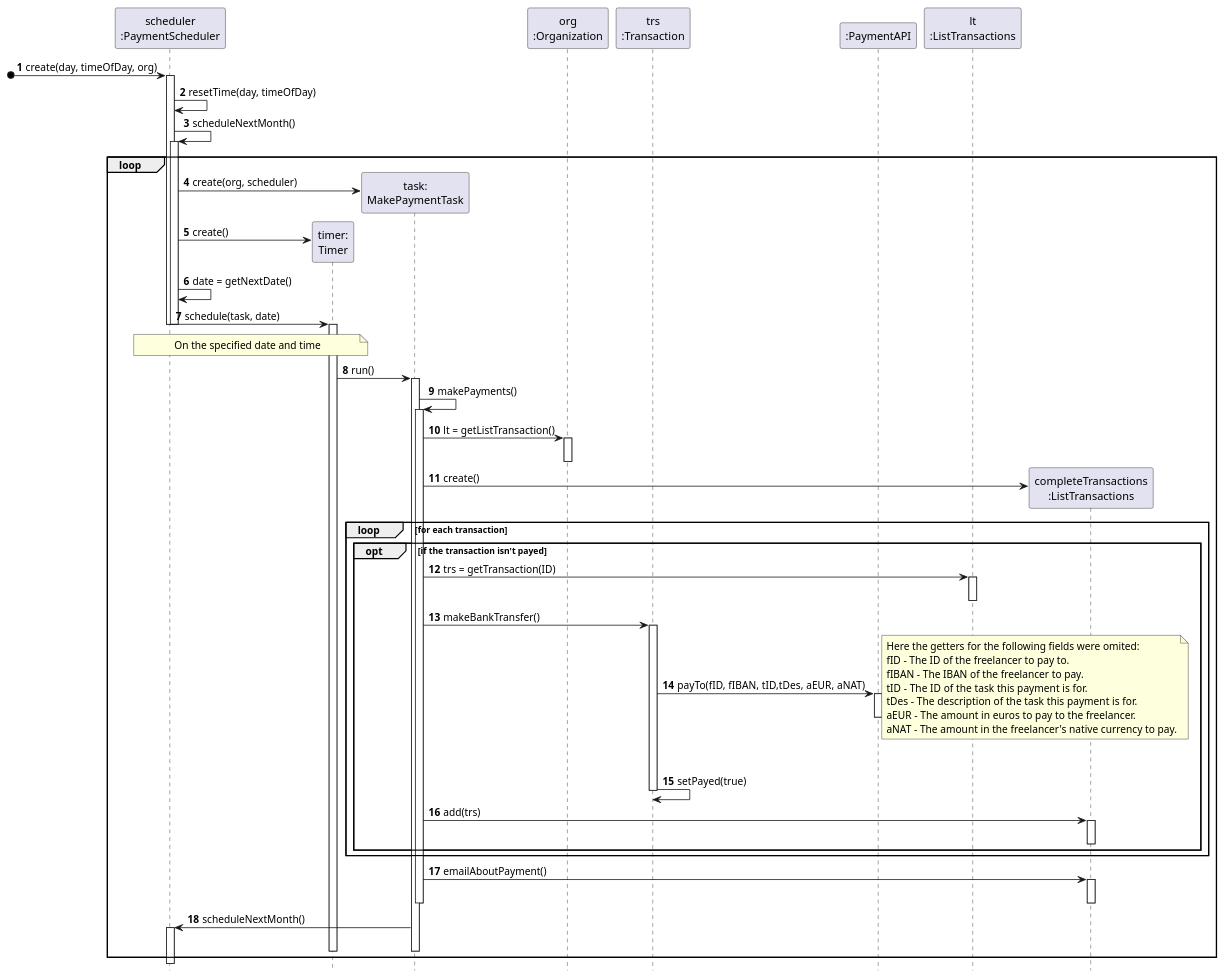
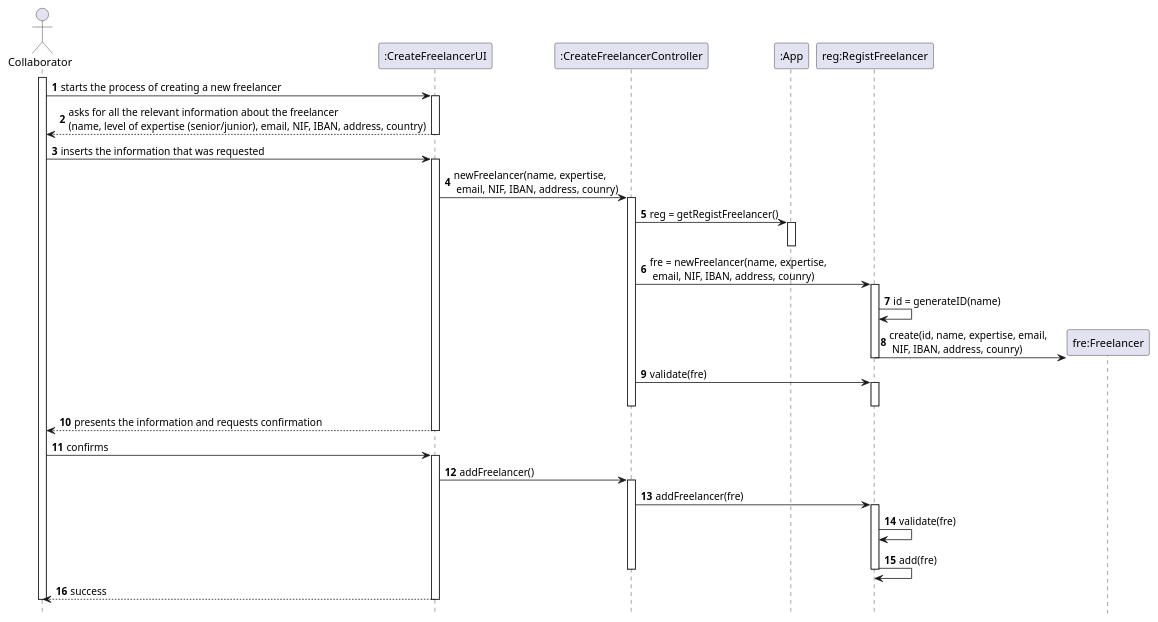
The diagram in docs/UC_03/SD.puml (botelho-io/lapr2-2020-g029), drawn with PlantUML before and after one commit. The commit also changed 8 other files, not shown here.

```diff
--- a/docs/UC_03/SD.puml
+++ b/docs/UC_03/SD.puml
@@ -1,73 +1,49 @@
 @startuml SD
 autonumber
 hide footbox
 
-participant "scheduler\n:PaymentScheduler" as SC
-participant "timer:\nTimer" as TIMER
-participant "task:\nMakePaymentTask" as TASK
-participant "org\n:Organization" as org
-participant "trs\n:Transaction" as trs
-participant ":PaymentAPI" as papi
-participant "lt\n:ListTransactions" as lt
-participant "completeTransactions\n:ListTransactions" as ct
+actor "Collaborator" as col
+participant ":CreateFreelancerUI" as ui
+participant ":CreateFreelancerController" as cnt
+participant ":App" as app
+participant "reg:RegistFreelancer" as reg
+participant "fre:Freelancer" as fre
 
-[o-> SC : create(day, timeOfDay, org)
-activate SC
-        SC -> SC : resetTime(day, timeOfDay)
-        SC -> SC : scheduleNextMonth()
-loop
-        activate SC
-                SC -> TASK**  : create(org, scheduler)
-                SC -> TIMER** : create()
-                SC -> SC : date = getNextDate()
-                SC ->TIMER: schedule(task, date)
-        deactivate SC
-deactivate SC
-        activate TIMER
-                note over SC,TIMER  : On the specified date and time
-                TIMER->TASK:run()
-                activate TASK
-                        TASK->TASK: makePayments()
-                        activate TASK
-                                TASK -> org : lt = getListTransaction()
-                                activate org
-                                deactivate org
-                                TASK -> ct ** : create()
-                                loop for each transaction
-                                        opt if the transaction isn't payed
-                                                TASK -> lt : trs = getTransaction(ID)
-                                                activate lt
-                                                deactivate lt
-                                                TASK -> trs : makeBankTransfer()
-                                                activate trs
-                                                        trs -> papi: payTo(fID, fIBAN, tID,tDes, aEUR, aNAT)
-                                                        activate papi
-                                                        deactivate papi
-                                                        note right
-                                                                Here the getters for the following fields were omited:
-                                                                fID - The ID of the freelancer to pay to.
-                                                                fIBAN - The IBAN of the freelancer to pay.
-                                                                tID - The ID of the task this payment is for.
-                                                                tDes - The description of the task this payment is for.
-                                                                aEUR - The amount in euros to pay to the freelancer.
-                                                                aNAT - The amount in the freelancer's native currency to pay.
-                                                        end note
-                                                        trs -> trs : setPayed(true)
-                                                deactivate trs
-                                                TASK -> ct : add(trs)
-                                                activate ct
-                                                deactivate ct
-                                        end
-                                end
-                                TASK -> ct : emailAboutPayment()
-                                activate ct
-                                deactivate ct
-                        deactivate TASK
-                        TASK -> SC : scheduleNextMonth()
-                        activate SC
-                deactivate TASK
-        deactivate TIMER
-end
-
+activate col
+        col -> ui : starts the process of creating a new freelancer
+        activate ui
+                ui --> col: asks for all the relevant information about the freelancer\n(name, level of expertise (senior/junior), email, NIF, IBAN, address, country)
+        deactivate ui
+        col -> ui : inserts the information that was requested
+        activate ui
+                ui -> cnt : newFreelancer(name, expertise, \n email, NIF, IBAN, address, counry)
+                activate cnt
+                        cnt -> app : reg = getRegistFreelancer()
+                        activate app
+                        deactivate app
+                        cnt -> reg : fre = newFreelancer(name, expertise, \n email, NIF, IBAN, address, counry)
+                        activate reg
+                                reg -> reg : id = generateID(name)
+                                reg -> fre ** : create(id, name, expertise, email, \n NIF, IBAN, address, counry)
+                        deactivate reg
+                        cnt -> reg : validate(fre)
+                        activate reg
+                        deactivate reg
+                deactivate cnt
+                ui --> col:  presents the information and requests confirmation
+        deactivate ui
+        col -> ui : confirms
+        activate ui
+                ui -> cnt : addFreelancer()
+                activate cnt
+                        cnt -> reg : addFreelancer(fre)
+                        activate reg
+                                reg -> reg : validate(fre)
+                                reg -> reg : add(fre)
+                        deactivate reg
+                deactivate cnt
+                ui --> col: success
+        deactivate ui
+deactivate col
 
 @enduml
```
